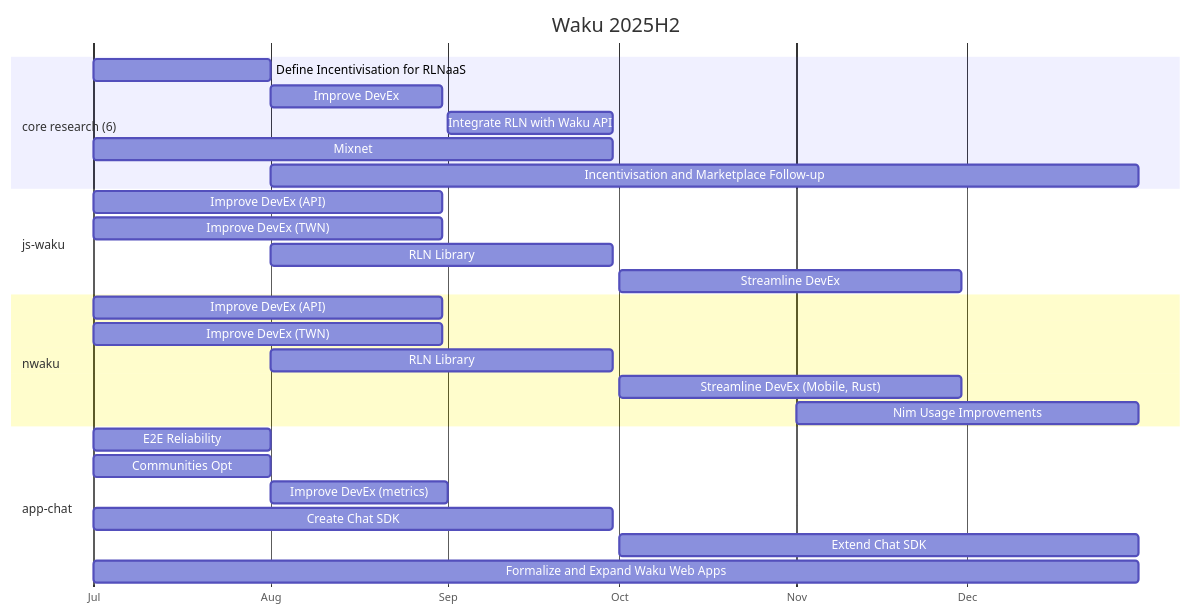
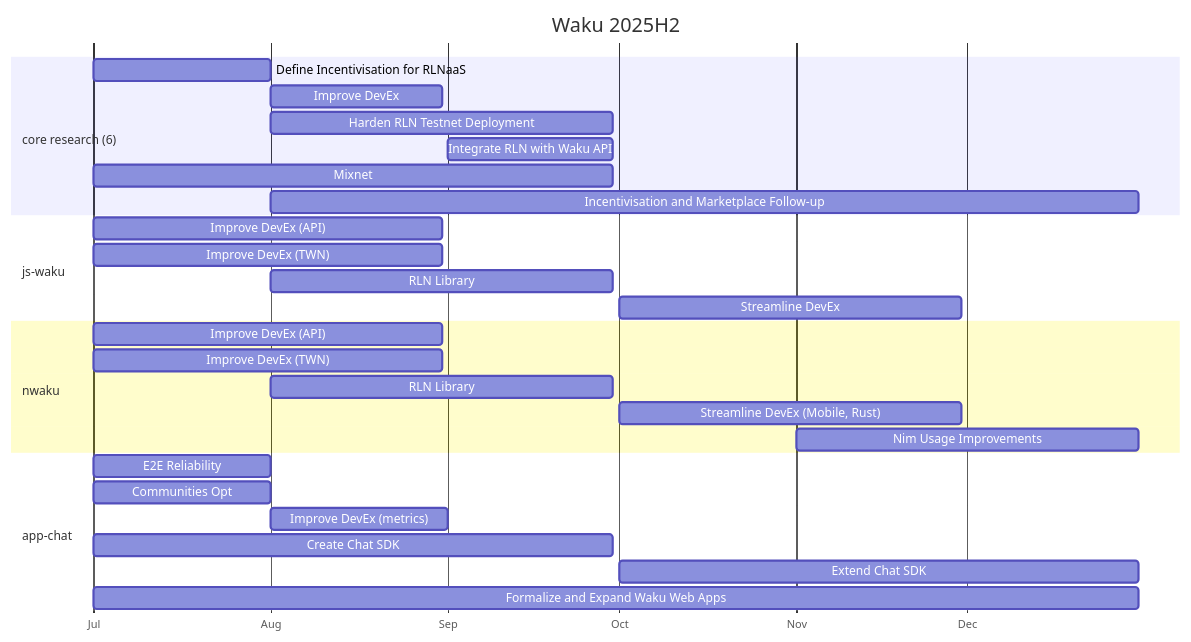
Before and after one commit to waku-org/pm: the diagram in draft-roadmap/README.md, drawn with Mermaid. The commit also changed other lines of this file and 4 other files, not shown here.

````diff
--- a/draft-roadmap/README.md
+++ b/draft-roadmap/README.md
@@ -133,30 +134,31 @@
 ```mermaid
 gantt
     title Waku 2025H2
     dateFormat YYYY-MM-DD
     axisFormat %b
     section core research (6)
         Define Incentivisation for RLNaaS: 2025-07-01, 2025-08-01
         Improve DevEx: 2025-08-01, 2025-08-31
+        Harden RLN Testnet Deployment: 2025-08-01, 2025-09-30
         Integrate RLN with Waku API: 2025-09-01, 2025-09-30
         Mixnet: 2025-07-01, 2025-09-30
         Incentivisation and Marketplace Follow-up: 2025-08-01, 2025-12-31
     section js-waku
       Improve DevEx (API): 2025-07-01, 2025-08-31
       Improve DevEx (TWN): 2025-07-01, 2025-08-31
       RLN Library: 2025-08-01, 2025-09-30
       Streamline DevEx: 2025-10-01, 2025-11-30        
     section nwaku
         Improve DevEx (API): 2025-07-01, 2025-08-31
         Improve DevEx (TWN): 2025-07-01, 2025-08-31
         RLN Library: 2025-08-01, 2025-09-30
         Streamline DevEx (Mobile, Rust): 2025-10-01, 2025-11-30
         Nim Usage Improvements: 2025-11-01, 2025-12-31
     section app-chat
         E2E Reliability: 2025-07-01, 2025-08-01
         Communities Opt: 2025-07-01, 2025-08-01
         Improve DevEx (metrics): 2025-08-01, 2025-09-01
         Create Chat SDK: 2025-07-01, 2025-09-30
         Extend Chat SDK: 2025-10-01, 2025-12-31
         Formalize and Expand Waku Web Apps: 2025-07-01, 2025-12-31
 ```
````
